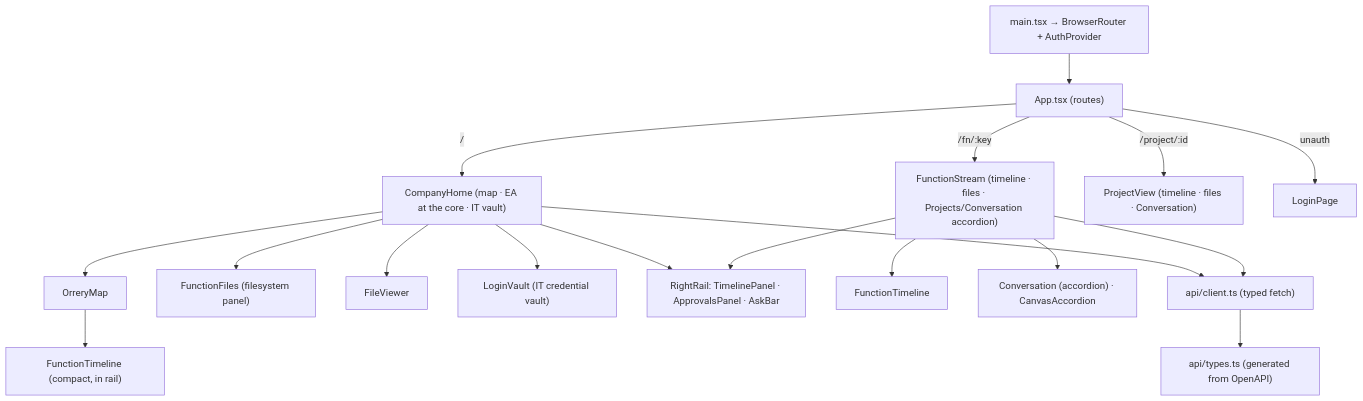
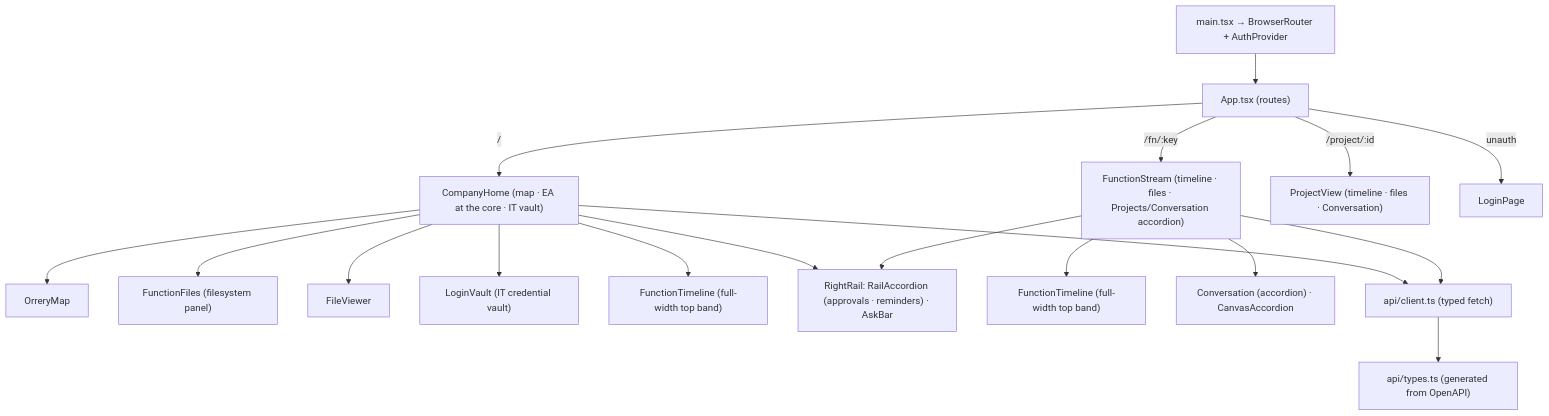
One commit to jgronktn/orrery changed the seventh of 7 diagrams in docs/architecture-current-state.md. Above: the diagram before and after it, drawn with Mermaid. The commit also changed other lines of this file and 2 other files, not shown here.

First line of the commit message:
docs: bring README + architecture + decisions current to production

````diff
--- a/docs/architecture-current-state.md
+++ b/docs/architecture-current-state.md
@@ -248,22 +252,22 @@
 ```mermaid
 flowchart TB
   main["main.tsx → BrowserRouter + AuthProvider"] --> app["App.tsx (routes)"]
   app -->|"/"| home["CompanyHome (map · EA at the core · IT vault)"]
   app -->|"/fn/:key"| fn["FunctionStream (timeline · files · Projects/Conversation accordion)"]
   app -->|"/project/:id"| pv["ProjectView (timeline · files · Conversation)"]
   app -->|unauth| login["LoginPage"]
 
   home --> map["OrreryMap"]
   home --> ffiles["FunctionFiles (filesystem panel)"]
   home --> fview["FileViewer"]
   home --> vault["LoginVault (IT credential vault)"]
-  home --> rail["RightRail: TimelinePanel · ApprovalsPanel · AskBar"]
-  fn --> ftl["FunctionTimeline"]
+  home --> ftlband["FunctionTimeline (full-width top band)"]
+  home --> rail["RightRail: RailAccordion (approvals · reminders) · AskBar"]
+  fn --> ftl["FunctionTimeline (full-width top band)"]
   fn --> conv["Conversation (accordion) · CanvasAccordion"]
   fn --> rail
-  map --> ftlmini["FunctionTimeline (compact, in rail)"]
 
   client["api/client.ts (typed fetch)"] --> types["api/types.ts (generated from OpenAPI)"]
   home --> client
   fn --> client
 ```
````
